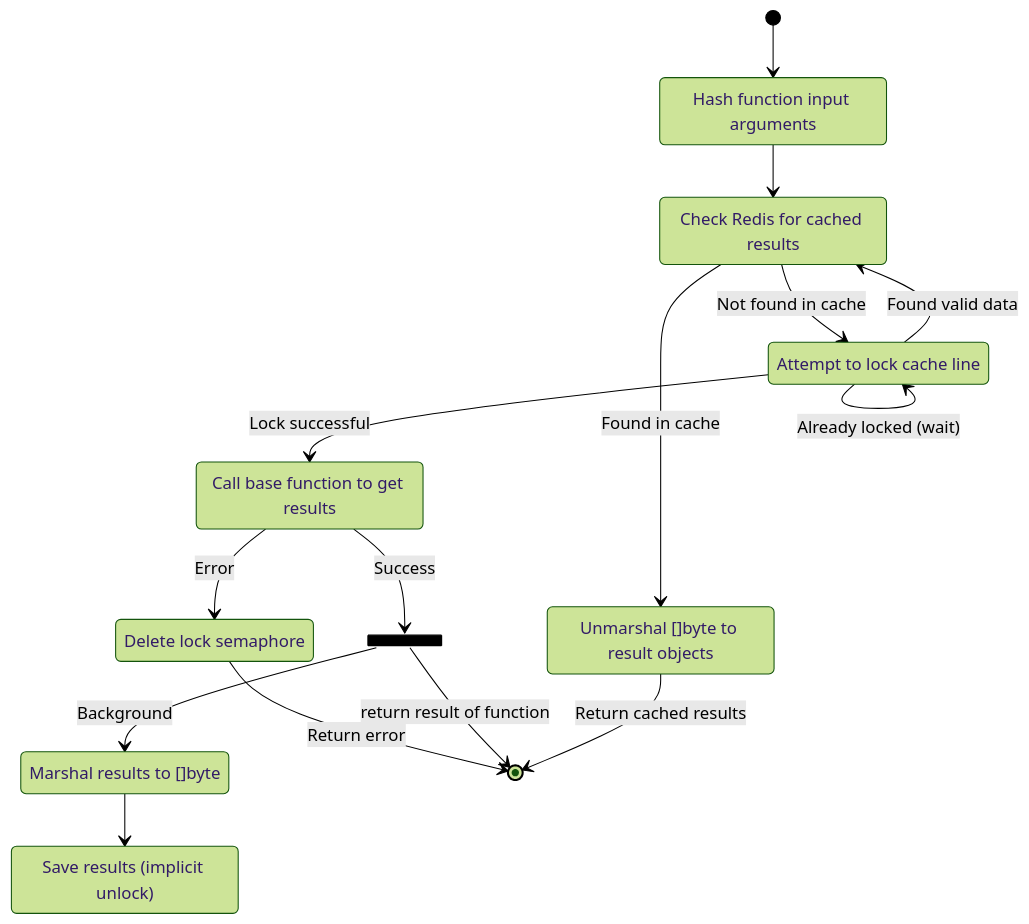
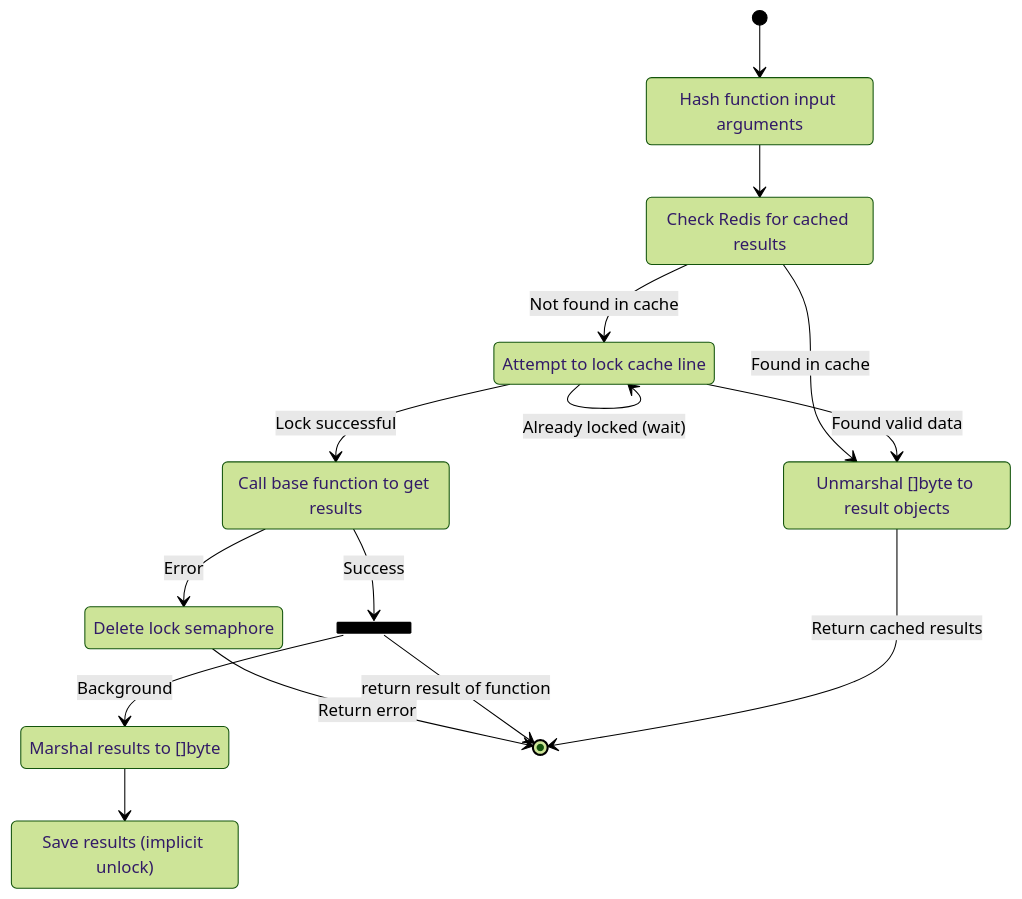
One commit to gburgyan/go-rediscache changed the diagram in Readme.md. Above: the diagram before and after it, drawn with Mermaid (forest theme).

````diff
--- a/Readme.md
+++ b/Readme.md
@@ -86,30 +86,30 @@
 ```mermaid
 stateDiagram-v2
     HashParams: Hash function input arguments
     RedisCheck : Check Redis for cached results
     LockLine : Attempt to lock cache line
     FillerFunction : Call base function to get results
     SerializeResponse : Marshal results to []byte
     SaveCache : Save results (implicit unlock)
     UnlockLine : Delete lock semaphore
     DeserializeResponse : Unmarshal []byte to result objects
     
     state BackgroundSave <<fork>>
     
     [*] --> HashParams
     HashParams --> RedisCheck
     RedisCheck --> DeserializeResponse : Found in cache
     RedisCheck --> LockLine : Not found in cache
     LockLine --> LockLine : Already locked (wait)
-    LockLine --> RedisCheck : Found valid data
+    LockLine --> DeserializeResponse : Found valid data
     LockLine --> FillerFunction : Lock successful
     FillerFunction --> UnlockLine : Error
     UnlockLine --> [*] : Return error
     
     FillerFunction --> BackgroundSave : Success
     BackgroundSave --> [*] : return result of function
     BackgroundSave --> SerializeResponse : Background
     SerializeResponse --> SaveCache
     DeserializeResponse --> [*] : Return cached results
 
 ```
````
